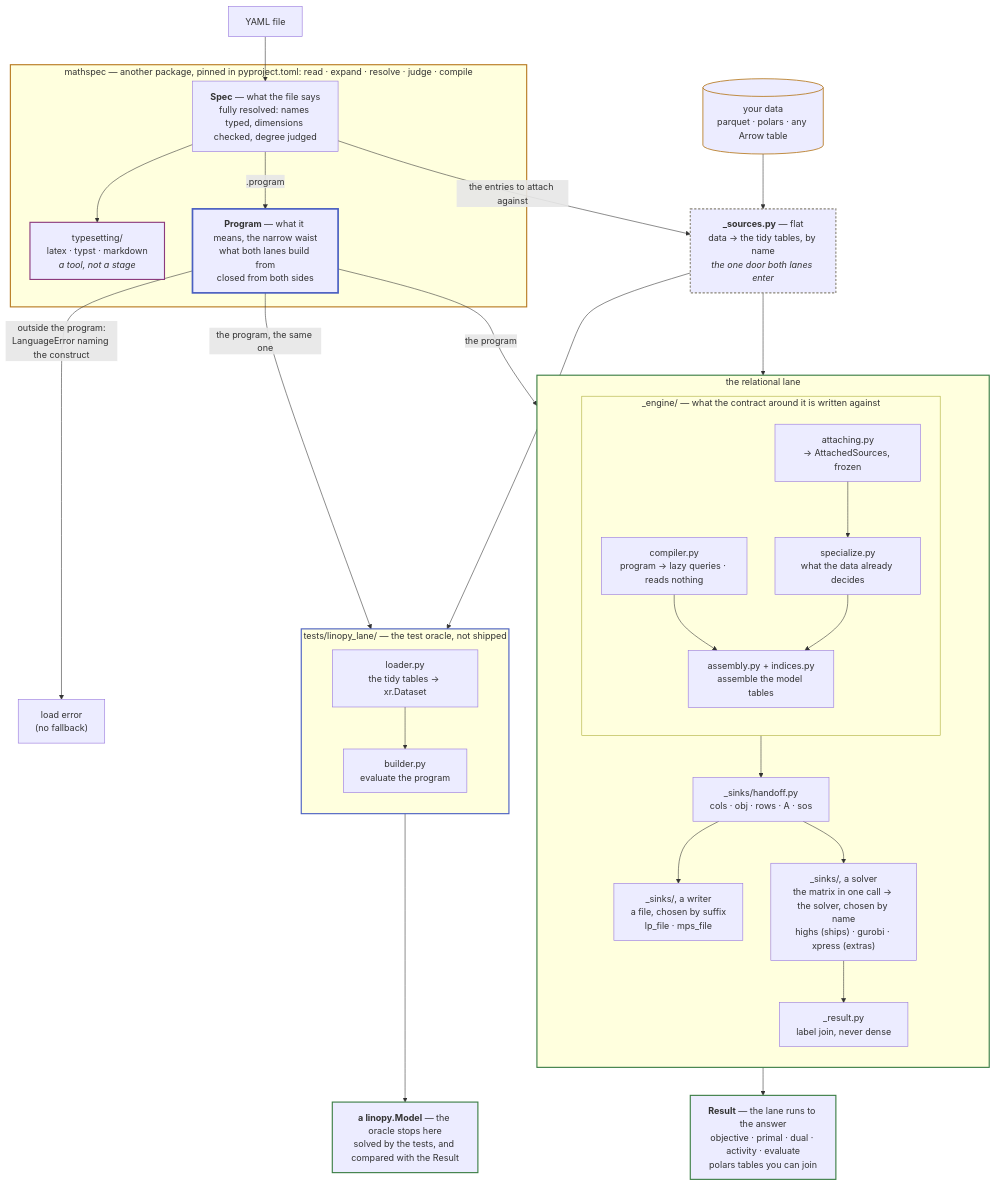
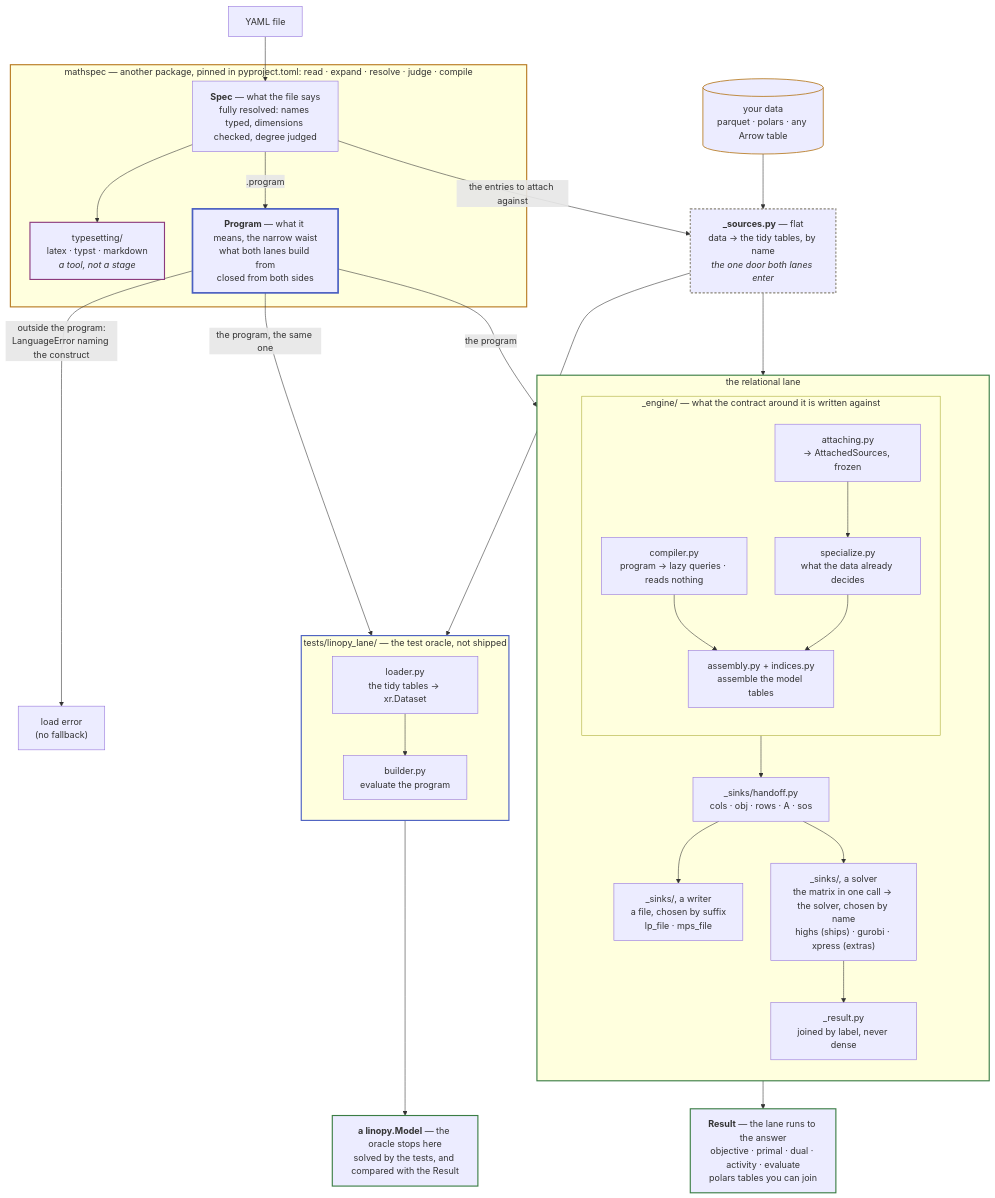
One commit to fluxopt/specsolve changed the diagram in docs/development/architecture.md. Above: the diagram before and after it, drawn with Mermaid. The commit also changed other lines of this file and 78 other files, not shown here.

````diff
--- a/docs/development/architecture.md
+++ b/docs/development/architecture.md
@@ -19,60 +19,60 @@
 ```mermaid
 flowchart TB
     Y[YAML file] --> SPEC
     DATA[("your data<br/>parquet · polars · any Arrow table")] --> SRC
 
     subgraph MS["mathspec — another package, pinned in pyproject.toml: read · expand · resolve · judge · compile"]
         SPEC["<b>Spec</b> — what the file says<br/>fully resolved: names typed, dimensions checked, degree judged"]
         SPEC --> TS["typesetting/<br/>latex · typst · markdown<br/><i>a tool, not a stage</i>"]
         SPEC -->|".program"| PLAN["<b>Program</b> — what it means, the narrow waist<br/>what both lanes build from<br/>closed from both sides"]
     end
 
     SPEC -->|"the entries to attach against"| SRC
     SRC["<b>_sources.py</b> — flat<br/>data → the tidy tables, by name<br/><i>the one door both lanes enter</i>"]
 
     PLAN -->|"outside the program:<br/>LanguageError naming the construct"| ERR["load error<br/>(no fallback)"]
     PLAN -->|"the program"| COMP
     SRC --> ATTACH
     PLAN -->|"the program, the same one"| BUILD
     SRC --> LOAD
 
     subgraph REL["the relational lane"]
         direction TB
         subgraph ENG["_engine/ — what the contract around it is written against"]
             direction TB
             COMP["compiler.py<br/>program → lazy queries · reads nothing"] --> ENGINE
             ATTACH["attaching.py<br/>→ AttachedSources, frozen"] --> SPECIALIZE["specialize.py<br/>what the data already decides"]
             SPECIALIZE --> ENGINE["assembly.py + indices.py<br/>assemble the model tables"]
         end
         ENG --> TABLES["_sinks/handoff.py<br/>cols · obj · rows · A · sos"]
         TABLES --> LPS["_sinks/, a writer<br/>a file, chosen by suffix<br/>lp_file · mps_file"]
         TABLES --> DIRECT["_sinks/, a solver<br/>the matrix in one call → the solver, chosen by name<br/>highs (ships) · gurobi · xpress (extras)"]
-        DIRECT --> SOL["_result.py<br/>label join, never dense"]
+        DIRECT --> SOL["_result.py<br/>joined by label, never dense"]
     end
 
     SOL --> ANS["<b>Result</b> — the lane runs to the answer<br/>objective · primal · dual · activity · evaluate<br/>polars tables you can join"]
 
     subgraph LIN["tests/linopy_lane/ — the test oracle, not shipped"]
         direction TB
         LOAD["loader.py<br/>the tidy tables → xr.Dataset"] --> BUILD["builder.py<br/>evaluate the program"]
     end
 
     BUILD --> MODEL["<b>a linopy.Model</b> — the oracle stops here<br/>solved by the tests, and compared with the Result"]
 
     classDef laneL stroke:#b7791f,stroke-width:2px
     classDef laneR stroke:#3a7d44,stroke-width:2px
     classDef laneE stroke:#4a5fc1,stroke-width:2px
     classDef laneT stroke:#8b3a7d,stroke-width:2px
     classDef waist stroke:#4a5fc1,stroke-width:3px
     classDef flat stroke:#8a8578,stroke-width:2px,stroke-dasharray:4 3
     classDef data stroke:#b7791f,stroke-width:1.5px
     classDef out stroke:#3a7d44,stroke-width:2px
     class MS laneL
     class REL laneR
     class LIN laneE
     class TS laneT
     class PLAN waist
     class SRC flat
     class DATA data
     class ANS,MODEL out
 ```
````
